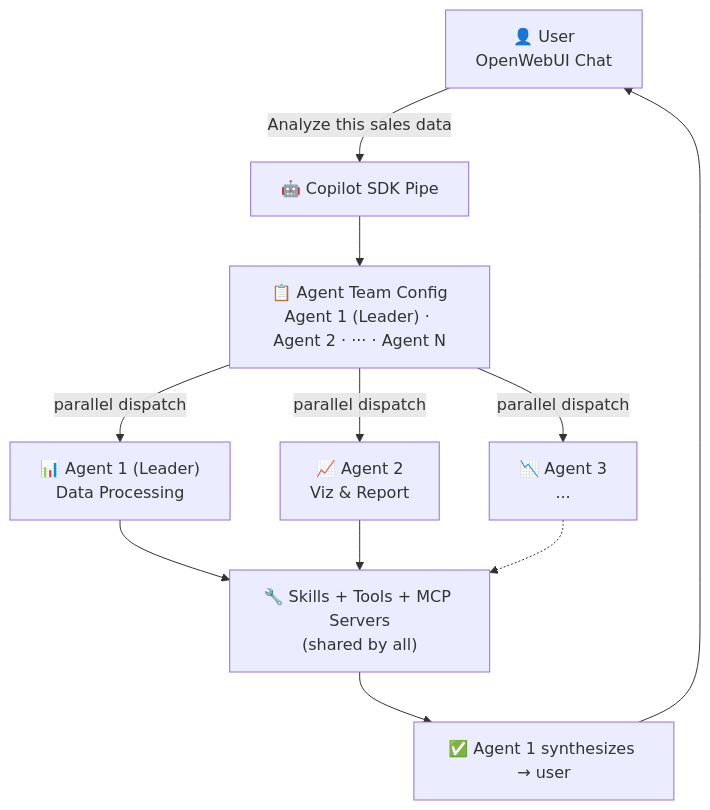
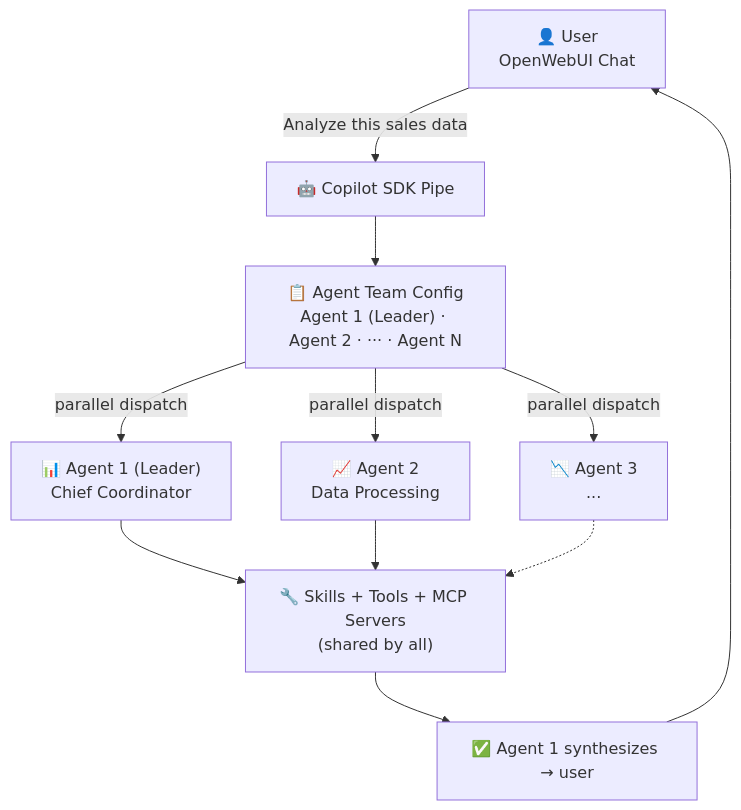
One commit to MarceloMassarente/openwebui-extensions changed the diagram in plugins/pipes/github-copilot-sdk/community_post.md. Above: the diagram before and after it, drawn with Mermaid. The commit also changed 1 other file, not shown here.

Commit message:
docs(github-copilot-sdk): fix Agent 1/2 role labels in Mermaid diagram

````diff
--- a/plugins/pipes/github-copilot-sdk/community_post.md
+++ b/plugins/pipes/github-copilot-sdk/community_post.md
@@ -31,22 +31,22 @@
 ```mermaid
 flowchart TD
     User["👤 User<br/>OpenWebUI Chat"]
     Pipe["🤖 Copilot SDK Pipe"]
     Config["📋 Agent Team Config<br/>Agent 1 (Leader) · Agent 2 · ··· · Agent N"]
-    A1["📊 Agent 1 (Leader)<br/>Data Processing"]
-    A2["📈 Agent 2<br/>Viz & Report"]
+    A1["📊 Agent 1 (Leader)<br/>Chief Coordinator"]
+    A2["📈 Agent 2<br/>Data Processing"]
     A3["📉 Agent 3<br/>..."]
     Tools["🔧 Skills + Tools + MCP Servers<br/>(shared by all)"]
     Result["✅ Agent 1 synthesizes → user"]
 
     User -->|"Analyze this sales data"| Pipe
     Pipe --> Config
     Config -->|"parallel dispatch"| A1
     Config -->|"parallel dispatch"| A2
     Config -->|"parallel dispatch"| A3
     A1 --> Tools
     A2 --> Tools
     A3 -.-> Tools
     Tools --> Result
     Result --> User
 ```
````
